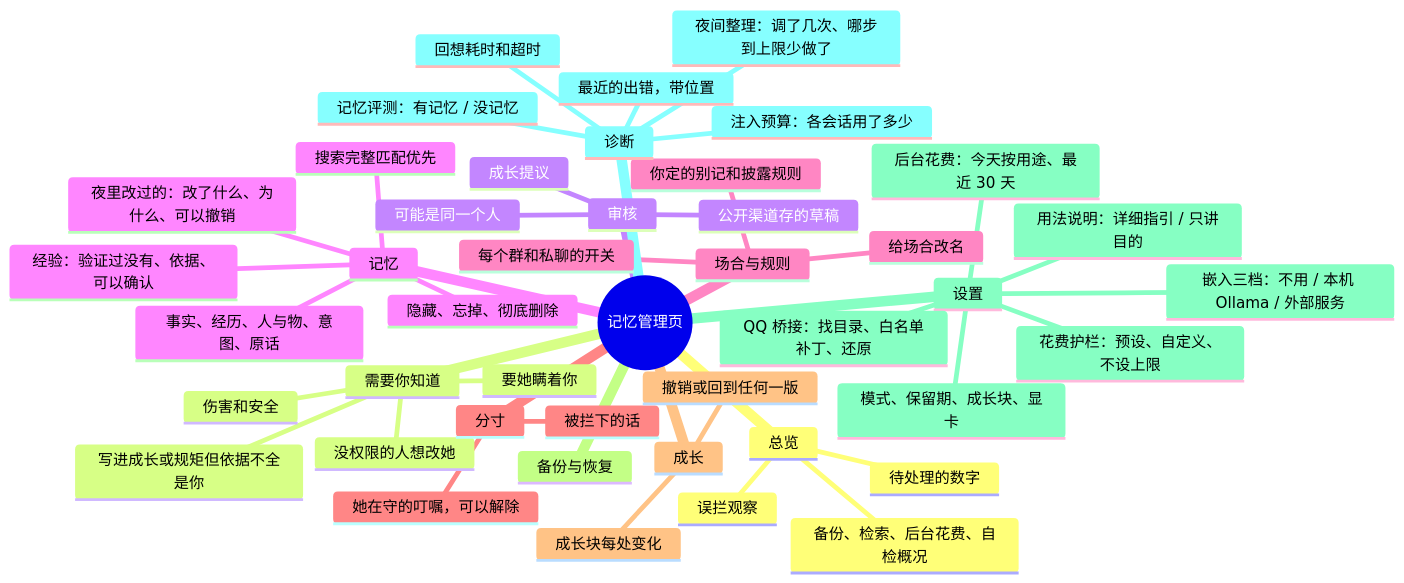
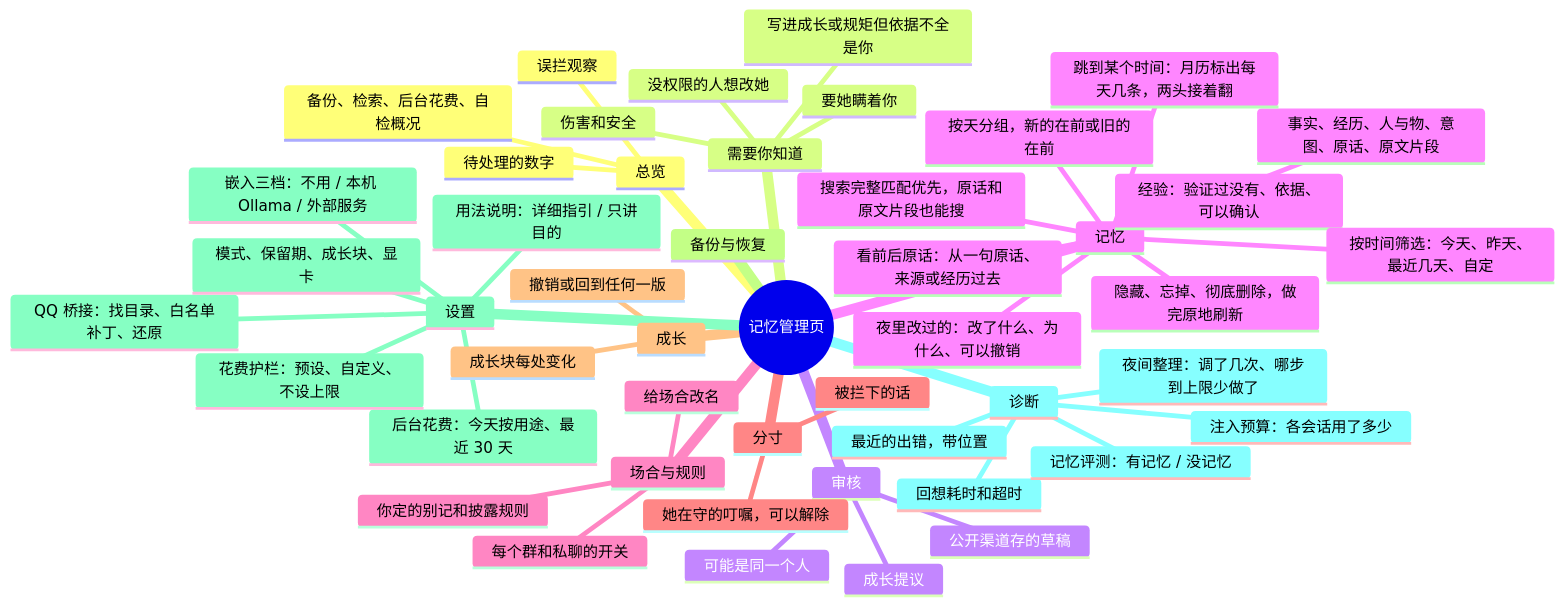
The tenth of 10 diagrams in docs/图解.md (QiuYeDx/dsh-rugu), drawn with Mermaid before and after one commit. The commit also changed other lines of this file and 13 other files, not shown here.

First line of the commit message:
管理页记忆列表按时间看：筛选、跳到某个时间、看前后原话；原话和原文片段能搜（D159）

````diff
--- a/docs/图解.md
+++ b/docs/图解.md
@@ -375,47 +375,51 @@
 ```mermaid
 mindmap
   root((记忆管理页))
     总览
       待处理的数字
       误拦观察
       备份、检索、后台花费、自检概况
     需要你知道
       没权限的人想改她
       要她瞒着你
       伤害和安全
       写进成长或规矩但依据不全是你
     审核
       公开渠道存的草稿
       可能是同一个人
       成长提议
     记忆
-      事实、经历、人与物、意图、原话
+      事实、经历、人与物、意图、原话、原文片段
       夜里改过的：改了什么、为什么、可以撤销
       经验：验证过没有、依据、可以确认
-      隐藏、忘掉、彻底删除
-      搜索完整匹配优先
+      隐藏、忘掉、彻底删除，做完原地刷新
+      搜索完整匹配优先，原话和原文片段也能搜
+      按时间筛选：今天、昨天、最近几天、自定
+      跳到某个时间：月历标出每天几条，两头接着翻
+      按天分组，新的在前或旧的在前
+      看前后原话：从一句原话、来源或经历过去
     场合与规则
       每个群和私聊的开关
       给场合改名
       你定的别记和披露规则
     分寸
       被拦下的话
       她在守的叮嘱，可以解除
     成长
       成长块每处变化
       撤销或回到任何一版
     备份与恢复
     设置
       嵌入三档：不用 / 本机 Ollama / 外部服务
       QQ 桥接：找目录、白名单补丁、还原
       模式、保留期、成长块、显卡
       用法说明：详细指引 / 只讲目的
       后台花费：今天按用途、最近 30 天
       花费护栏：预设、自定义、不设上限
     诊断
       夜间整理：调了几次、哪步到上限少做了
       最近的出错，带位置
       回想耗时和超时
       记忆评测：有记忆 / 没记忆
       注入预算：各会话用了多少
 ```
````
